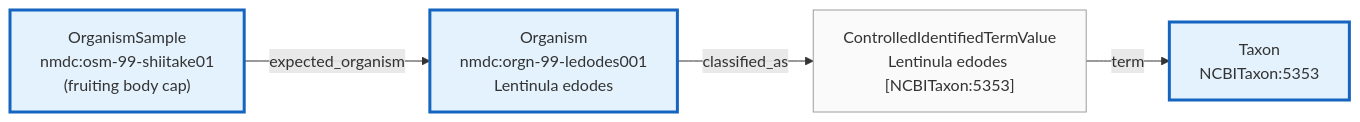
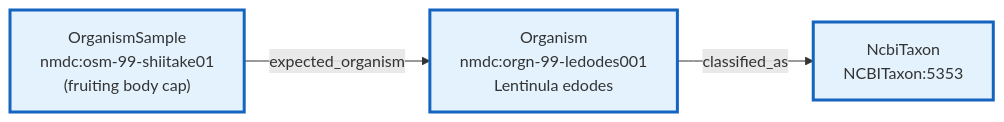
Before and after one commit to microbiomedata/nmdc-schema: the diagram in src/docs/images/use-case-4-mushroom-cap.mmd, drawn with Mermaid. The commit also changed 20 other files, not shown here.

```diff
--- a/src/docs/images/use-case-4-mushroom-cap.mmd
+++ b/src/docs/images/use-case-4-mushroom-cap.mmd
@@ -1,18 +1,14 @@
 %% Derived from src/data/valid/Database-mushroom-cap.yaml.
 %% Shows only entities and edges asserted by the data file. No invented
 %% upstream ("Cultivation Facility") or downstream (Extraction/DataGeneration) —
 %% sample_isolated_from captures cultivation provenance as prose.
 flowchart LR
     OSM["OrganismSample<br/>nmdc:osm-99-shiitake01<br/>(fruiting body cap)"]
     ORG["Organism<br/>nmdc:orgn-99-ledodes001<br/>Lentinula edodes"]
-    CITV["ControlledIdentifiedTermValue<br/>Lentinula edodes [NCBITaxon:5353]"]
-    TAX["Taxon<br/>NCBITaxon:5353"]
+    TAX["NcbiTaxon<br/>NCBITaxon:5353"]
 
     OSM -->|expected_organism| ORG
-    ORG -->|classified_as| CITV
-    CITV -->|term| TAX
+    ORG -->|classified_as| TAX
 
     classDef newPR fill:#e3f2fd,stroke:#1565c0,stroke-width:3px
-    classDef concrete fill:#fafafa,stroke:#9e9e9e
     class OSM,ORG,TAX newPR
-    class CITV concrete
```
